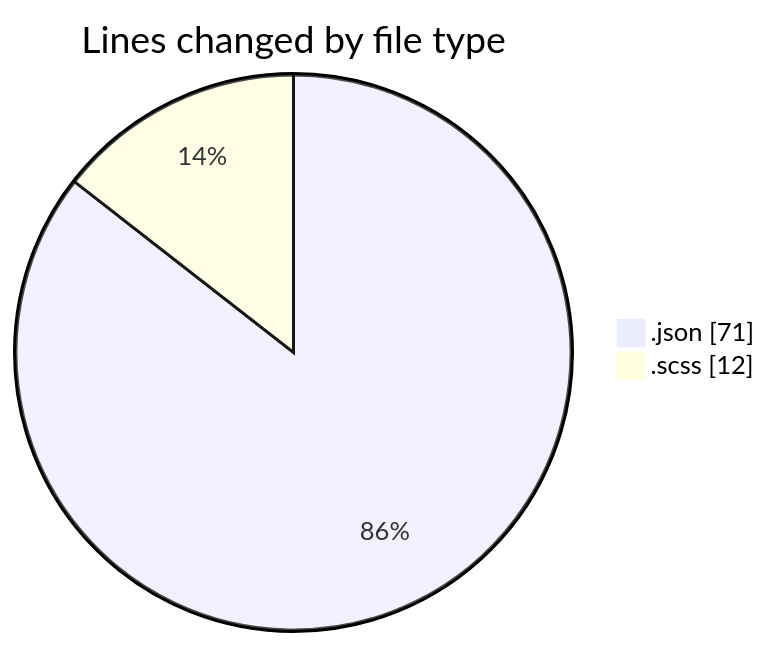
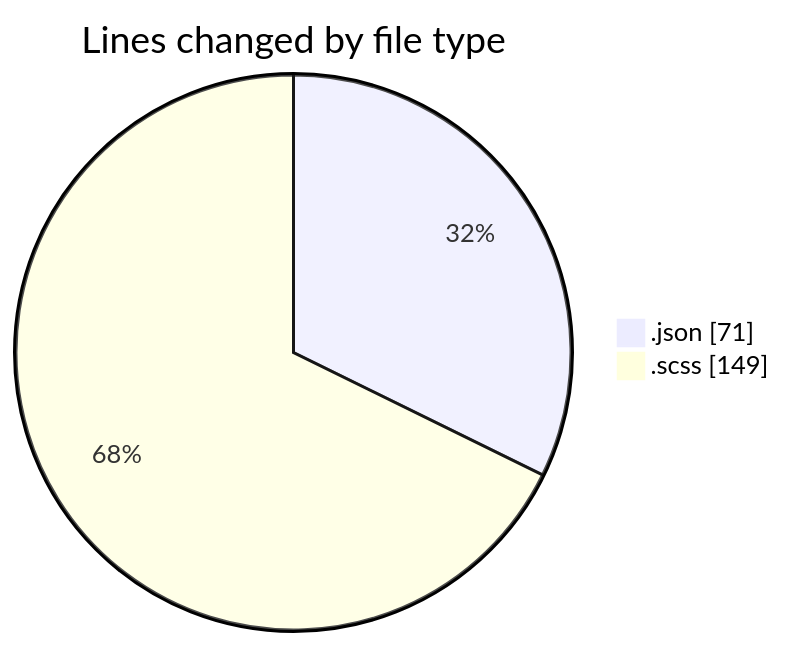
The first of 2 diagrams in 2026-01-22/cda/README.md (momahboobian/code-tracking), drawn with Mermaid before and after one commit. The commit also changed other lines of this file and 1 other file, not shown here.

````diff
--- a/2026-01-22/cda/README.md
+++ b/2026-01-22/cda/README.md
@@ -21,6 +22,6 @@
 ```mermaid
 pie showData
 title Lines changed by file type
 ".json" : 71
-".scss" : 12
+".scss" : 149
 ```
````
